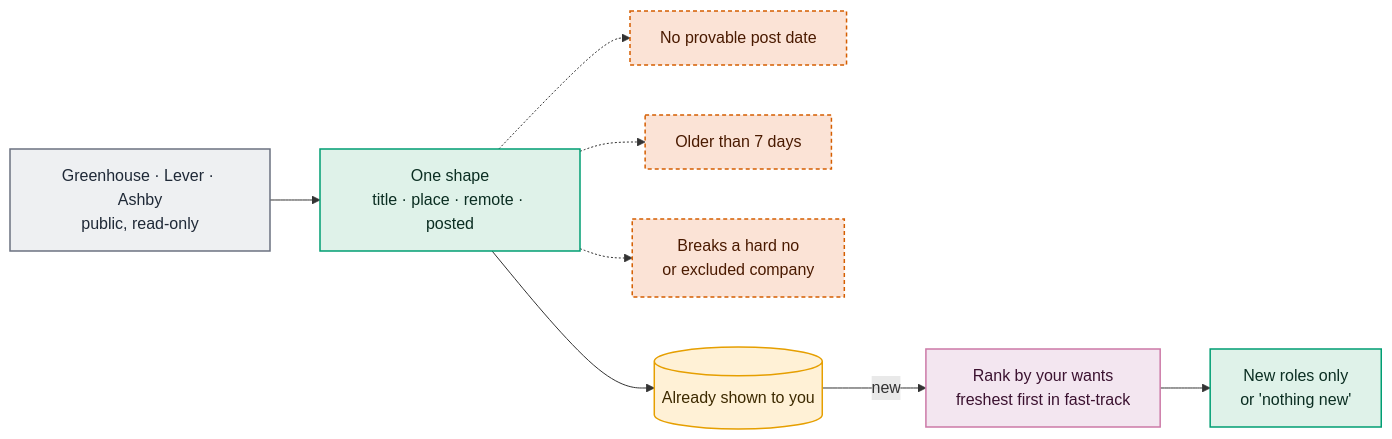
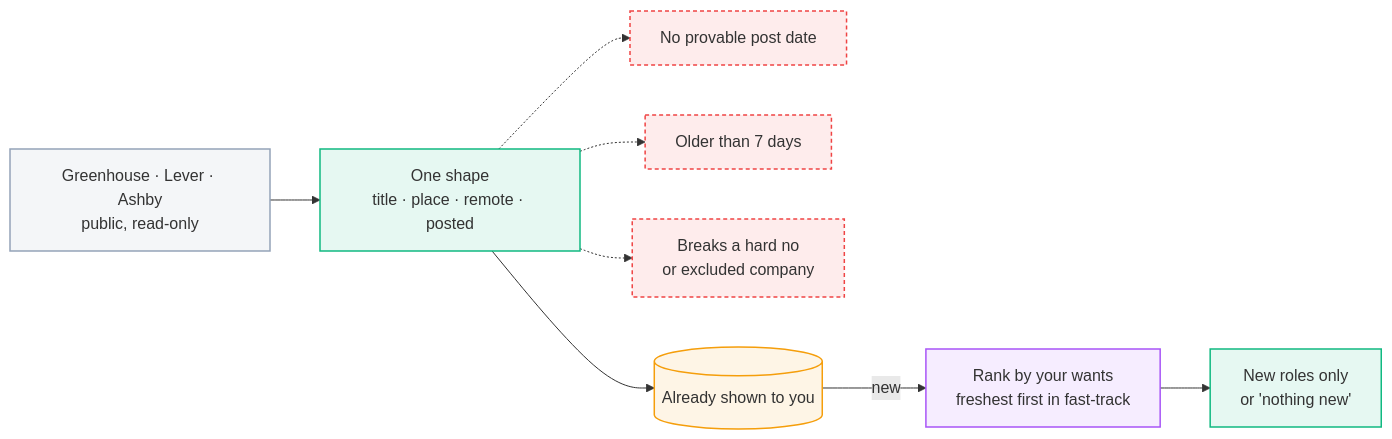
Before and after one commit to TusharSamantaray/career-copilot-mcp: the seventh of 8 diagrams in docs/ARCHITECTURE.md, drawn with Mermaid. The commit also changed other lines of this file and 8 other files, not shown here.

First line of the commit message:
docs: diagram palette readable on light and dark backgrounds

````diff
--- a/docs/ARCHITECTURE.md
+++ b/docs/ARCHITECTURE.md
@@ -225,24 +242,24 @@
 ```mermaid
 flowchart LR
-  classDef ext fill:#EEF0F2,stroke:#6B7280,color:#1F2937,stroke-width:1.5px
-  classDef copilot fill:#DFF2E9,stroke:#009E73,color:#0B2E22,stroke-width:1.5px
-  classDef guard fill:#F3E6F0,stroke:#CC79A7,color:#3B1230,stroke-width:1.5px
-  classDef store fill:#FFF1D6,stroke:#E69F00,color:#3D2A00,stroke-width:1.5px
-  classDef never fill:#FBE3D6,stroke:#D55E00,color:#4A1A00,stroke-width:1.5px,stroke-dasharray:4 3
+  classDef ext fill:#94A3B81A,stroke:#94A3B8,stroke-width:1.5px
+  classDef copilot fill:#10B9811A,stroke:#10B981,stroke-width:1.5px
+  classDef guard fill:#A855F71A,stroke:#A855F7,stroke-width:1.5px
+  classDef store fill:#F59E0B1A,stroke:#F59E0B,stroke-width:1.5px
+  classDef never fill:#EF44441A,stroke:#EF4444,stroke-width:1.5px,stroke-dasharray:4 3
 
   boards["Greenhouse · Lever · Ashby<br/>public, read-only"]:::ext
   norm["One shape<br/>title · place · remote · posted"]:::copilot
   nodate["No provable post date"]:::never
   old["Older than 7 days"]:::never
   hardno["Breaks a hard no<br/>or excluded company"]:::never
   seen[("Already shown to you")]:::store
   rank["Rank by your wants<br/>freshest first in fast-track"]:::guard
   out["New roles only<br/>or 'nothing new'"]:::copilot
 
   boards --> norm
   norm -.-> nodate
   norm -.-> old
   norm -.-> hardno
   norm --> seen
   seen -- new --> rank --> out
 ```
````
